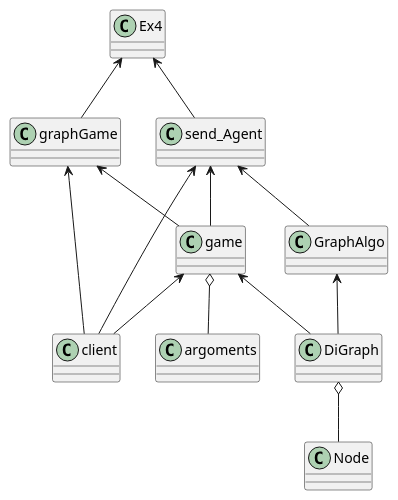
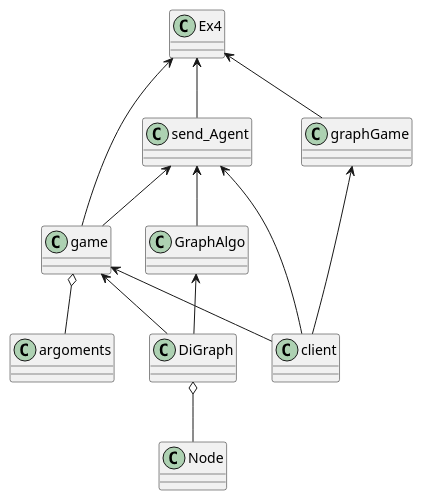
Before and after one commit to ArielZidon/Pokemon_Game: the diagram in client_python/uml.puml, drawn with PlantUML.

```diff
--- a/client_python/uml.puml
+++ b/client_python/uml.puml
@@ -1,27 +1,27 @@
 @startuml
 'https://plantuml.com/sequence-diagram
 
 class client
 class DiGraph
 class Ex4
 class game
 class GraphAlgo
 class graphGame
 class Node
 class send_Agent
 class argoments
 
 DiGraph o-- Node
 GraphAlgo <-- DiGraph
 game o-- argoments
 game <-- client
 game <-- DiGraph
 Ex4 <-- send_Agent
 Ex4 <-- graphGame
-graphGame <-- game
+Ex4 <-- game
 graphGame <-- client
 send_Agent <-- GraphAlgo
 send_Agent <-- game
 send_Agent <-- client
 
 @enduml
```
